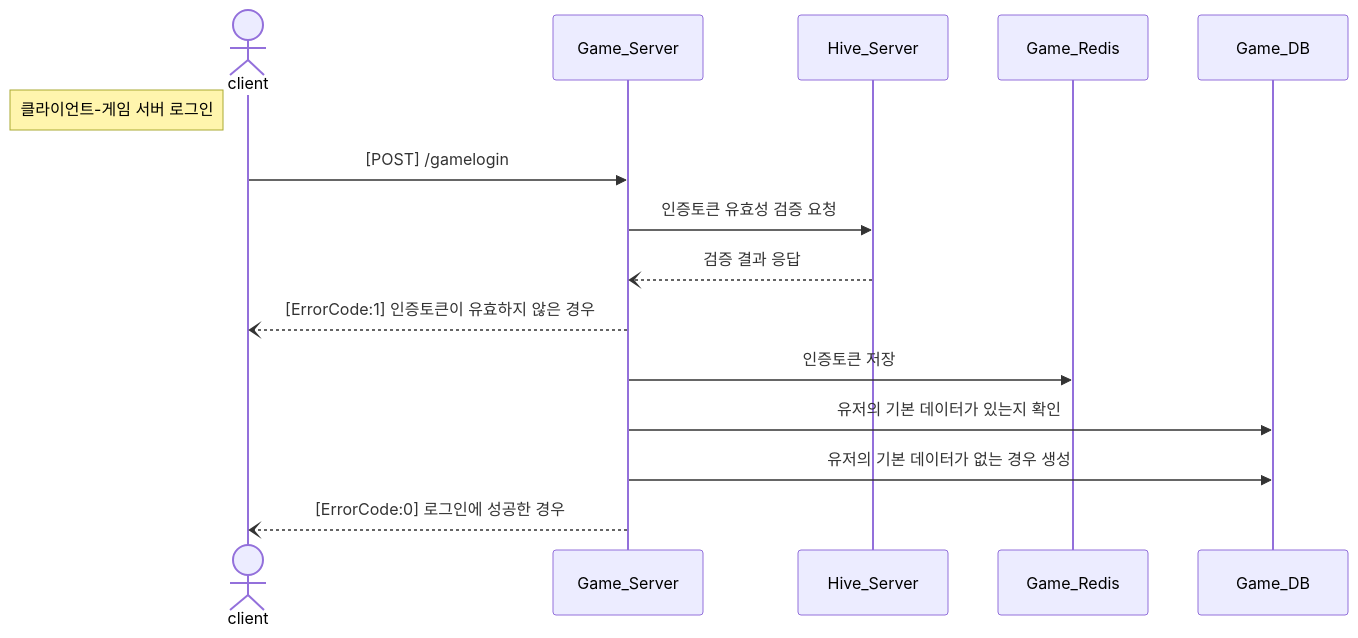
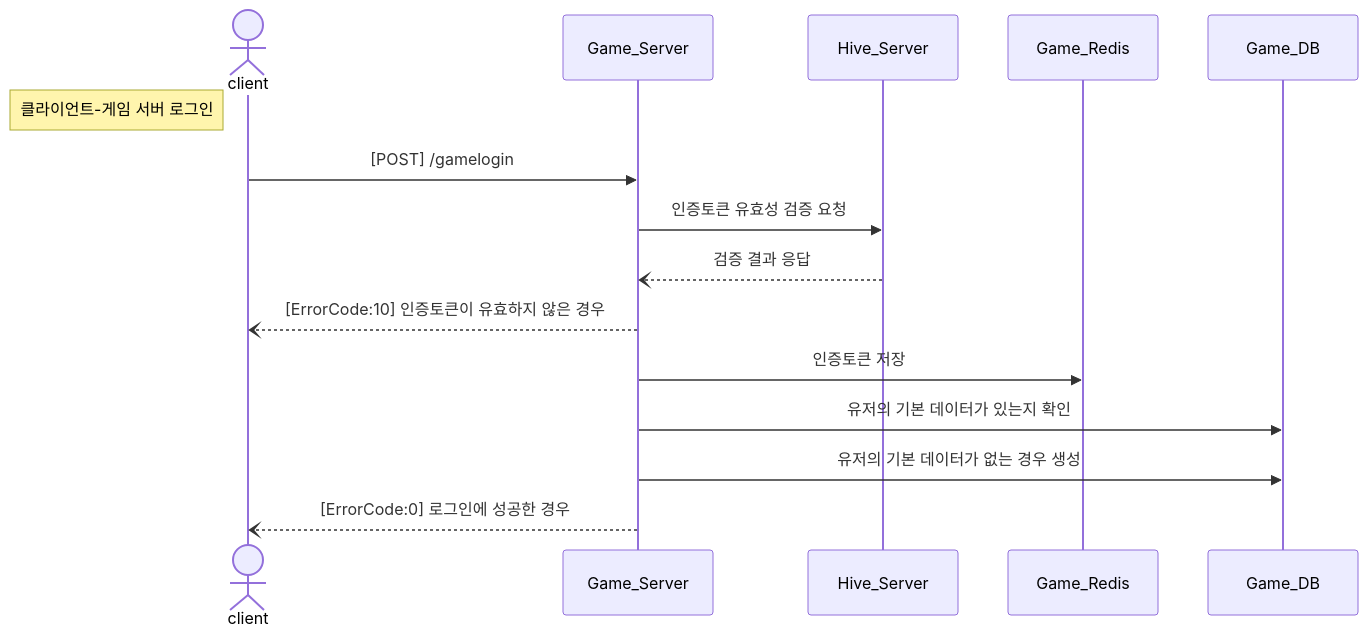
The fifth of 5 diagrams in README.md (KongJJoki/OmokProj), drawn with Mermaid before and after one commit. The commit also changed other lines of this file, not shown here.

````diff
--- a/README.md
+++ b/README.md
@@ -216,20 +237,20 @@
 ```mermaid
 sequenceDiagram
     actor A as client
     participant B as Game_Server
     participant C as Hive_Server
     participant D as Game_Redis
     participant E as Game_DB
 
     %% 클라이언트-게임 서버 로그인
     note left of A: 클라이언트-게임 서버 로그인
     A->>B: [POST] /gamelogin
     B->>C: 인증토큰 유효성 검증 요청
     C--)B: 검증 결과 응답
-    B--)A: [ErrorCode:1] 인증토큰이 유효하지 않은 경우
+    B--)A: [ErrorCode:10] 인증토큰이 유효하지 않은 경우
     B->>D: 인증토큰 저장
     B->>E: 유저의 기본 데이터가 있는지 확인
     B->>E: 유저의 기본 데이터가 없는 경우 생성
     B--)A: [ErrorCode:0] 로그인에 성공한 경우
     
 ```
````
